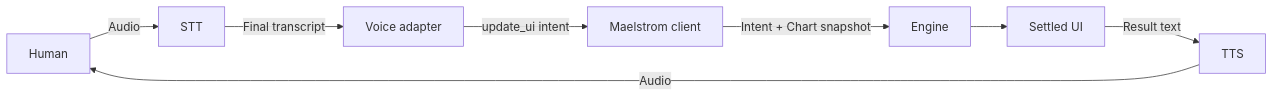
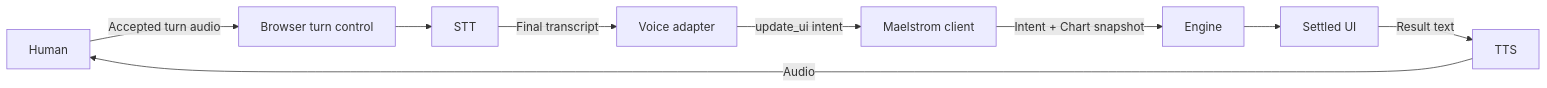
The third of 3 diagrams in apps/docs/src/content/docs/understanding/voice-architecture.mdx (maelstrom-co/maelstrom), drawn with Mermaid before and after one commit. The commit also changed other lines of this file and 7 other files, not shown here.

````diff
--- a/apps/docs/src/content/docs/understanding/voice-architecture.mdx
+++ b/apps/docs/src/content/docs/understanding/voice-architecture.mdx
@@ -69,13 +67,14 @@
 ```mermaid
 flowchart LR
   accTitle: Cascade voice flow
-  accDescr: Audio passes through STT, the final transcript becomes Maelstrom intent, and TTS receives the result after the UI settles.
+  accDescr: A browser-controlled turn admits audio to STT, the final transcript becomes Maelstrom intent, and TTS receives the result after the UI settles.
 
-  Human["Human"] -->|"Audio"| STT["STT"]
+  Human["Human"] -->|"Accepted turn audio"| Turn["Browser turn control"]
+  Turn --> STT["STT"]
   STT -->|"Final transcript"| Adapter["Voice adapter"]
   Adapter -->|"update_ui intent"| Client["Maelstrom client"]
   Client -->|"Intent + Chart snapshot"| Engine["Engine"]
   Engine --> UI["Settled UI"]
   UI -->|"Result text"| TTS["TTS"]
   TTS -->|"Audio"| Human
 ```
````
